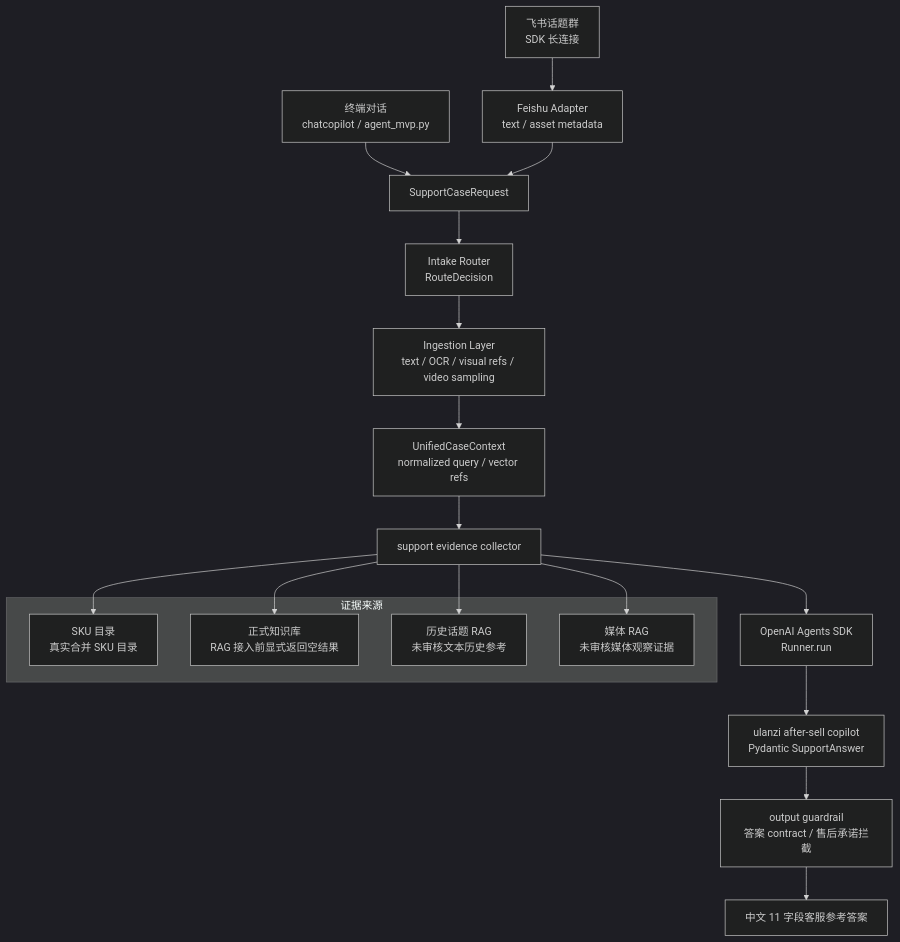
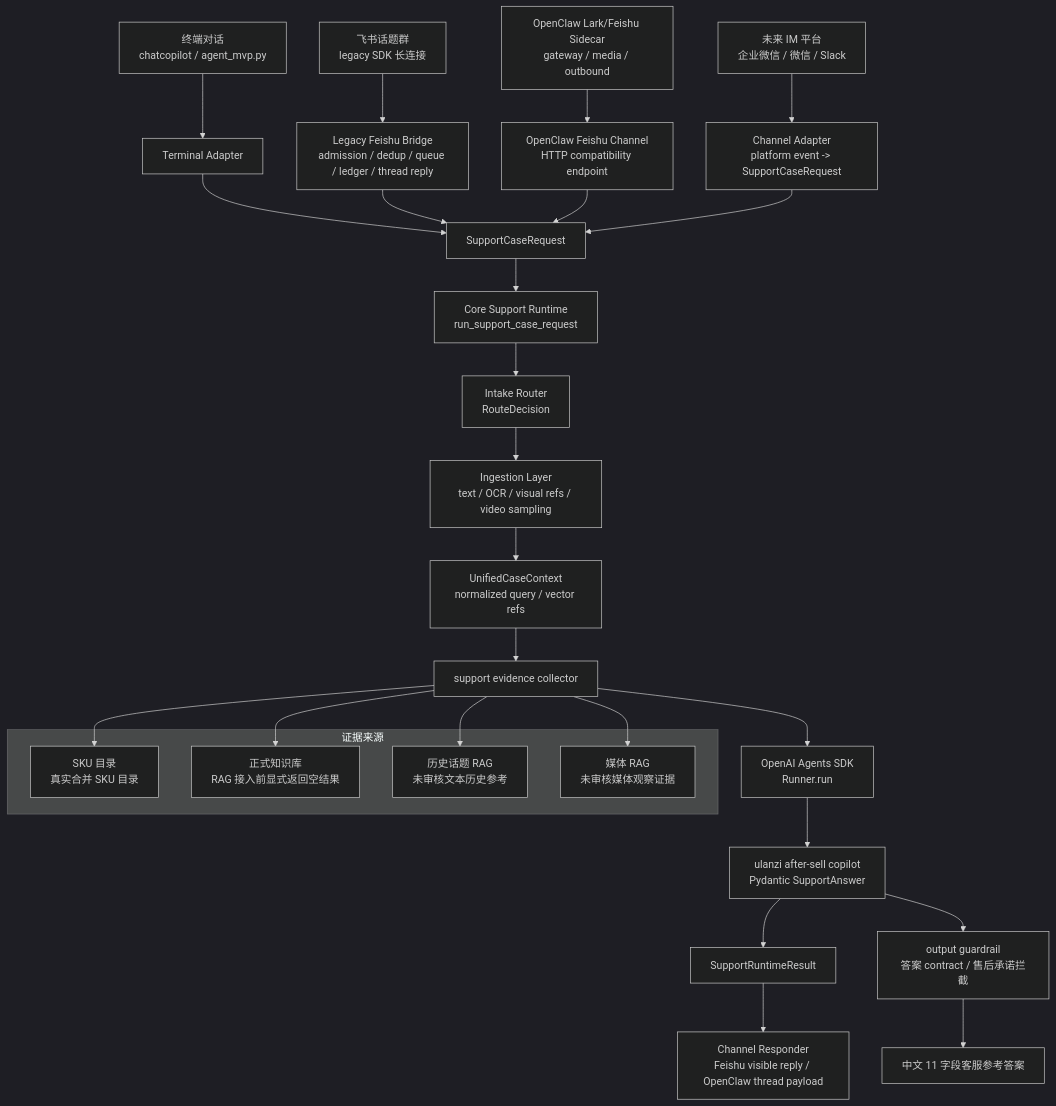
The diagram in docs/architecture.md (ccchenhuohuo/after-sale-ai-agent), drawn with Mermaid (dark theme) before and after one commit. The commit also changed other lines of this file and 7 other files, not shown here.

Commit message:
docs: add openclaw sidecar deployment gate

````diff
--- a/docs/architecture.md
+++ b/docs/architecture.md
@@ -13,26 +13,36 @@
 ```mermaid
 flowchart TB
-    terminal["终端对话<br/>chatcopilot / agent_mvp.py"] --> request["SupportCaseRequest"]
-    feishu["飞书话题群<br/>SDK 长连接"] --> adapter["Feishu Adapter<br/>text / asset metadata"]
-    adapter --> request
-    request --> intake["Intake Router<br/>RouteDecision"]
+    terminal["终端对话<br/>chatcopilot / agent_mvp.py"] --> terminal_adapter["Terminal Adapter"]
+    legacy_feishu["飞书话题群<br/>legacy SDK 长连接"] --> legacy_bridge["Legacy Feishu Bridge<br/>admission / dedup / queue / ledger / thread reply"]
+    openclaw["OpenClaw Lark/Feishu Sidecar<br/>gateway / media / outbound"] --> openclaw_channel["OpenClaw Feishu Channel<br/>HTTP compatibility endpoint"]
+    future_im["未来 IM 平台<br/>企业微信 / 微信 / Slack"] --> future_channel["Channel Adapter<br/>platform event -> SupportCaseRequest"]
+
+    terminal_adapter --> request["SupportCaseRequest"]
+    legacy_bridge --> request
+    openclaw_channel --> request
+    future_channel --> request
+
+    request --> runtime["Core Support Runtime<br/>run_support_case_request"]
+    runtime --> intake["Intake Router<br/>RouteDecision"]
     intake --> ingestion["Ingestion Layer<br/>text / OCR / visual refs / video sampling"]
     ingestion --> context["UnifiedCaseContext<br/>normalized query / vector refs"]
     context --> evidence["support evidence collector"]
-    evidence --> runtime["OpenAI Agents SDK<br/>Runner.run"]
-    runtime --> copilot["ulanzi after-sell copilot<br/>Pydantic SupportAnswer"]
+    evidence --> agent_runner["OpenAI Agents SDK<br/>Runner.run"]
+    agent_runner --> copilot["ulanzi after-sell copilot<br/>Pydantic SupportAnswer"]
+    copilot --> runtime_result["SupportRuntimeResult"]
+    runtime_result --> feishu_reply["Channel Responder<br/>Feishu visible reply / OpenClaw thread payload"]
 
     subgraph evidence_sources["证据来源"]
         sku["SKU 目录<br/>真实合并 SKU 目录"]
         official["正式知识库<br/>RAG 接入前显式返回空结果"]
         history["历史话题 RAG<br/>未审核文本历史参考"]
         media["媒体 RAG<br/>未审核媒体观察证据"]
     end
 
     evidence --> sku
     evidence --> official
     evidence --> history
     evidence --> media
     copilot --> guardrail["output guardrail<br/>答案 contract / 售后承诺拦截"]
     guardrail --> answer["中文 11 字段客服参考答案"]
 ```
````
